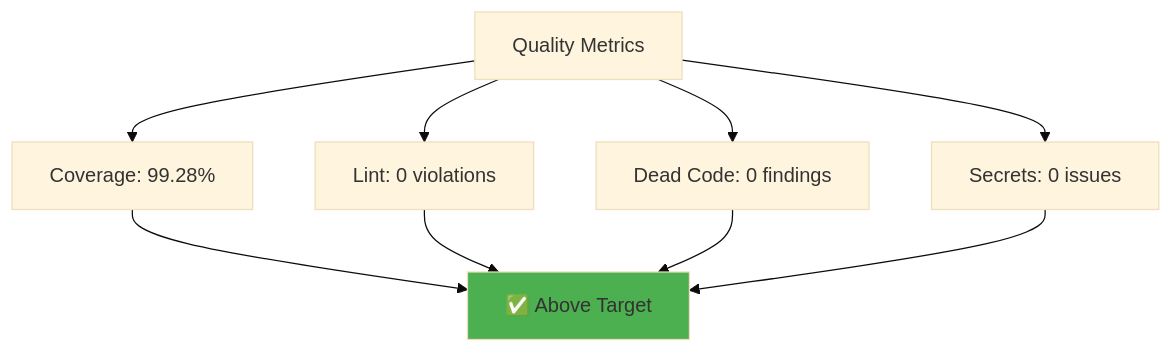
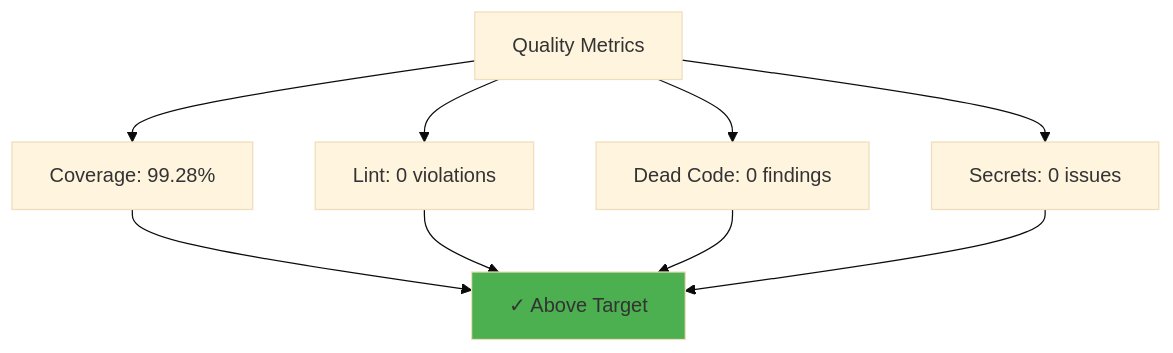
Before and after one commit to ericodx/swift-structure: the eighth of 10 diagrams in Docs/CI/pull-request-analysis.md, drawn with Mermaid (base theme). The commit also changed other lines of this file and 13 other files, not shown here.

````diff
--- a/Docs/CI/pull-request-analysis.md
+++ b/Docs/CI/pull-request-analysis.md
@@ -277,14 +277,14 @@
 ```mermaid
 graph TD
     A[Quality Metrics] --> B[Coverage: 99.28%]
     A --> C[Lint: 0 violations]
     A --> D[Dead Code: 0 findings]
     A --> E[Secrets: 0 issues]
     
-    B --> F[✅ Above Target]
+    B --> F[✓ Above Target]
     C --> F
     D --> F
     E --> F
     
     style F fill:#4caf50
 ```
````
